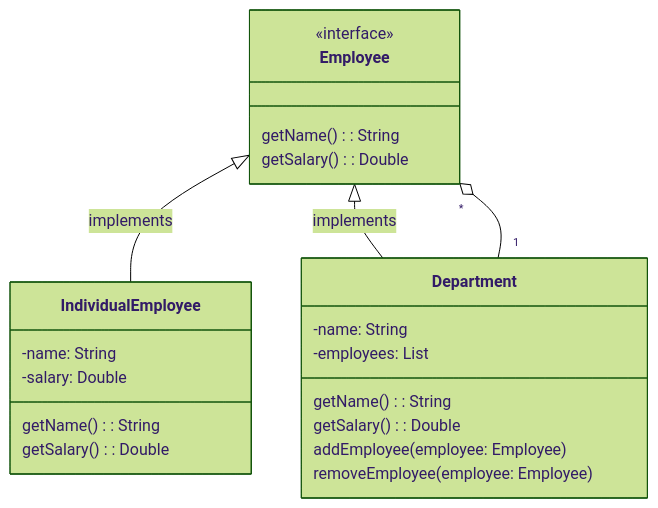
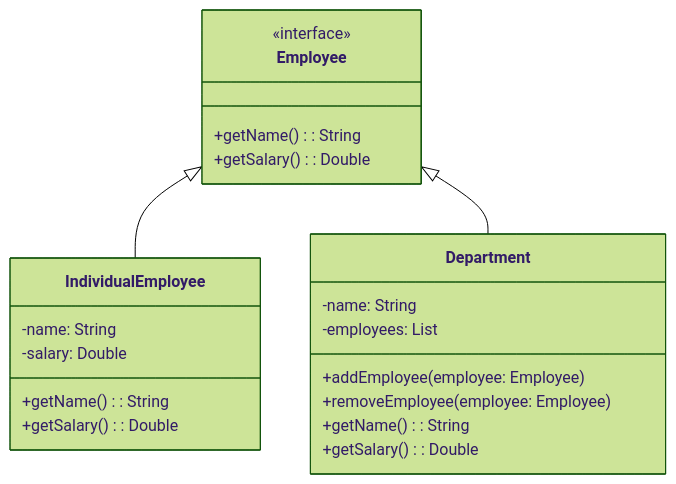
One commit to dellius-alexander/Design-Patterns changed the first of 2 diagrams in Composite/README.md. Above: the diagram before and after it, drawn with Mermaid (forest theme). The commit also changed other lines of this file and 1 other file, not shown here.

````diff
--- a/Composite/README.md
+++ b/Composite/README.md
@@ -4,29 +26,24 @@
 ```mermaid
 classDiagram
-
-
     class Employee {
         <<interface>>
-        getName(): String
-        getSalary(): Double
+        +getName(): String
+        +getSalary(): Double
     }
-
     class IndividualEmployee {
         -name: String
         -salary: Double
-        getName(): String
-        getSalary(): Double
+        +getName(): String
+        +getSalary(): Double
     }
-
     class Department {
         -name: String
         -employees: List<Employee>
-        getName(): String
-        getSalary(): Double
-        addEmployee(employee: Employee)
-        removeEmployee(employee: Employee)
+        +addEmployee(employee: Employee)
+        +removeEmployee(employee: Employee)
+        +getName(): String
+        +getSalary(): Double
     }
-    Employee <|-- IndividualEmployee: implements
-    Employee <|-- Department: implements
-    Department "1" --o "*" Employee
+    Employee <|-- IndividualEmployee 
+    Employee <|-- Department
 ```
````
